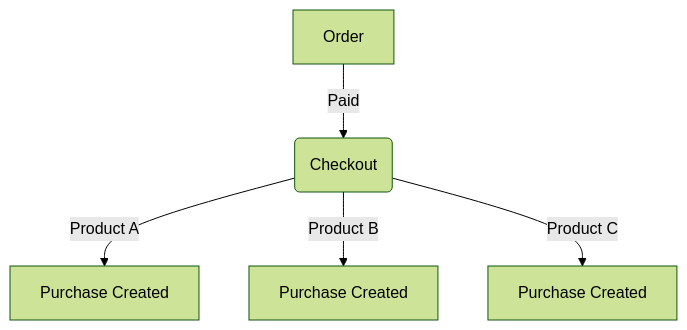
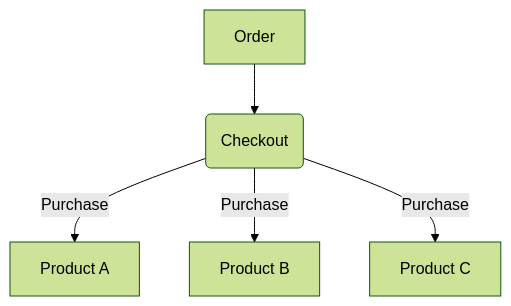
One commit to surecart/surecart-docs changed the first of 2 diagrams in guides/orders-and-purchases.mdx. Above: the diagram before and after it, drawn with Mermaid (forest theme). The commit also changed other lines of this file and 21 other files, not shown here.

````diff
--- a/guides/orders-and-purchases.mdx
+++ b/guides/orders-and-purchases.mdx
@@ -14,7 +14,7 @@
 ```mermaid
 flowchart TD
-    A[Order] -->|Paid|B(Checkout)
-    B -->|Product A| D[Purchase Created]
-    B -->|Product B| E[Purchase Created]
-    B -->|Product C| F[Purchase Created]
+    A[Order] -->B(Checkout)
+    B -->|Purchase| D[Product A]
+    B -->|Purchase| E[Product B]
+    B -->|Purchase| F[Product C]
 ```
````
